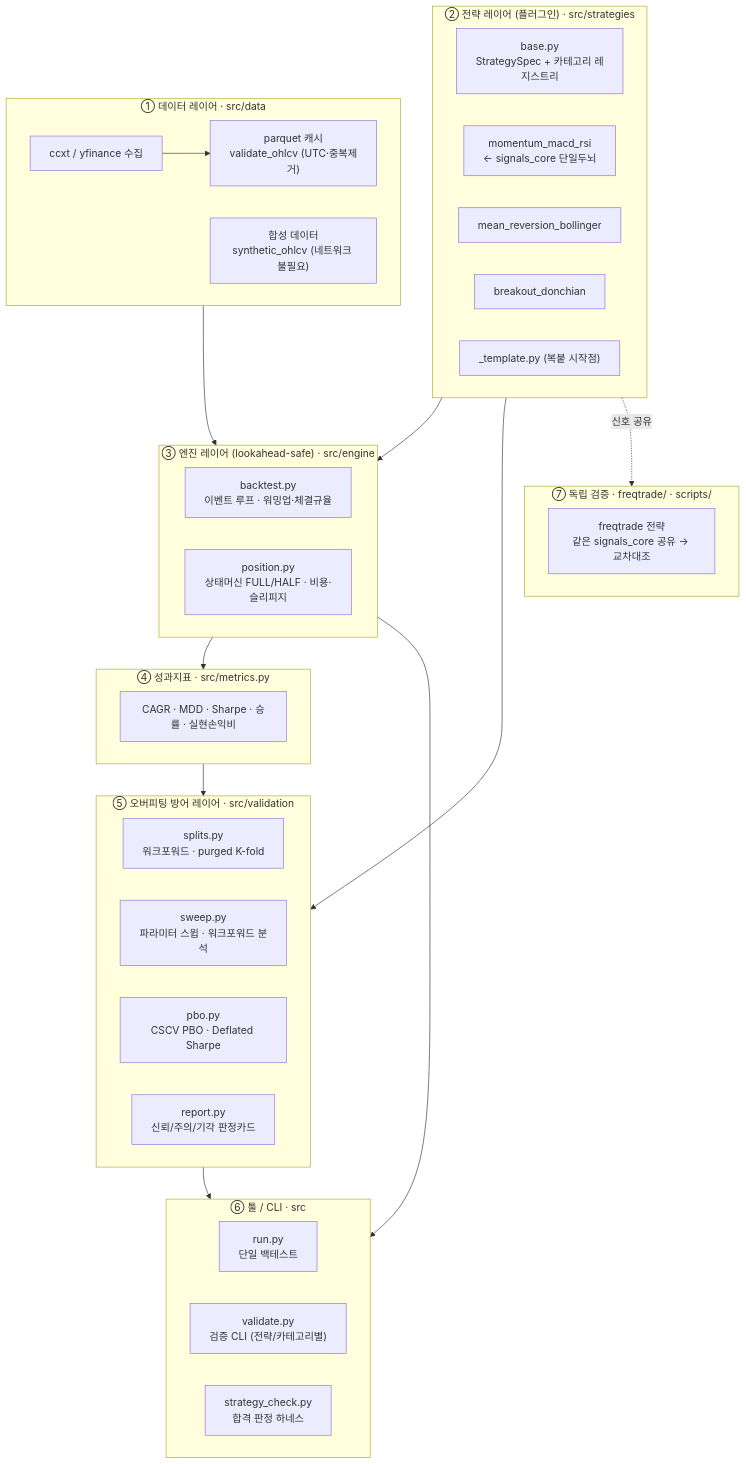
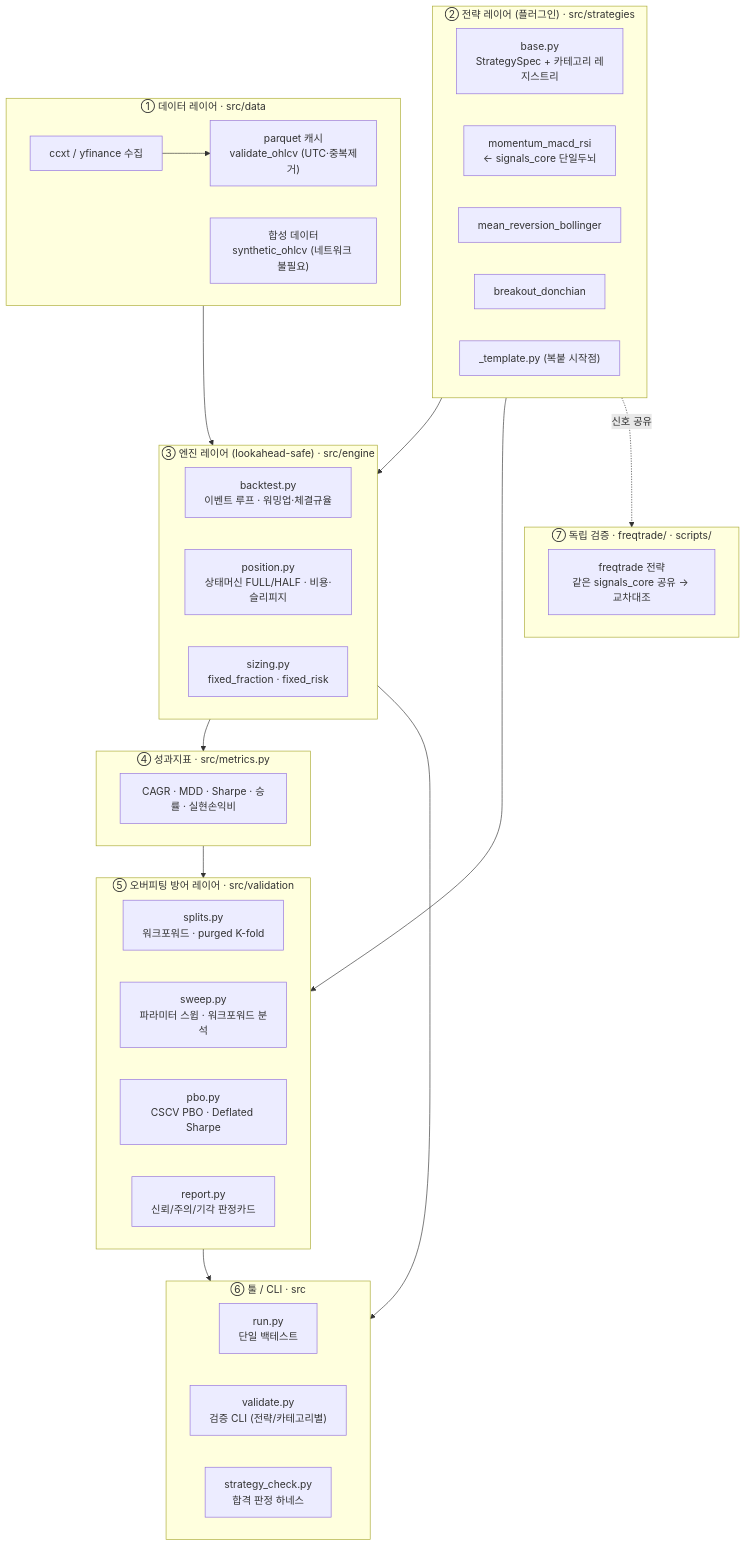
One commit to pjw26113686-sys/macd-RSI changed the first of 4 diagrams in docs/architecture.md. Above: the diagram before and after it, drawn with Mermaid. The commit also changed 8 other files, not shown here.

````diff
--- a/docs/architecture.md
+++ b/docs/architecture.md
@@ -13,50 +13,51 @@
 ```mermaid
 flowchart TB
   subgraph DATA["① 데이터 레이어 · src/data"]
     D1["ccxt / yfinance 수집"] --> D2["parquet 캐시<br/>validate_ohlcv (UTC·중복제거)"]
     D3["합성 데이터<br/>synthetic_ohlcv (네트워크 불필요)"]
   end
 
   subgraph STRAT["② 전략 레이어 (플러그인) · src/strategies"]
     B["base.py<br/>StrategySpec + 카테고리 레지스트리"]
     S1["momentum_macd_rsi<br/>← signals_core 단일두뇌"]
     S2["mean_reversion_bollinger"]
     S3["breakout_donchian"]
     T["_template.py (복붙 시작점)"]
   end
 
   subgraph ENGINE["③ 엔진 레이어 (lookahead-safe) · src/engine"]
     E1["backtest.py<br/>이벤트 루프 · 워밍업·체결규율"]
     E2["position.py<br/>상태머신 FULL/HALF · 비용·슬리피지"]
+    E3["sizing.py<br/>fixed_fraction · fixed_risk"]
   end
 
   subgraph METRIC["④ 성과지표 · src/metrics.py"]
     M["CAGR · MDD · Sharpe · 승률 · 실현손익비"]
   end
 
   subgraph VALID["⑤ 오버피팅 방어 레이어 · src/validation"]
     V1["splits.py<br/>워크포워드 · purged K-fold"]
     V2["sweep.py<br/>파라미터 스윕 · 워크포워드 분석"]
     V3["pbo.py<br/>CSCV PBO · Deflated Sharpe"]
     V4["report.py<br/>신뢰/주의/기각 판정카드"]
   end
 
   subgraph TOOLS["⑥ 툴 / CLI · src"]
     C1["run.py<br/>단일 백테스트"]
     C2["validate.py<br/>검증 CLI (전략/카테고리별)"]
     C3["strategy_check.py<br/>합격 판정 하네스"]
   end
 
   subgraph VERIFY["⑦ 독립 검증 · freqtrade/ · scripts/"]
     F["freqtrade 전략<br/>같은 signals_core 공유 → 교차대조"]
   end
 
   DATA --> ENGINE
   STRAT --> ENGINE
   ENGINE --> METRIC
   METRIC --> VALID
   STRAT --> VALID
   VALID --> TOOLS
   ENGINE --> TOOLS
   STRAT -. 신호 공유 .-> VERIFY
 ```
````
